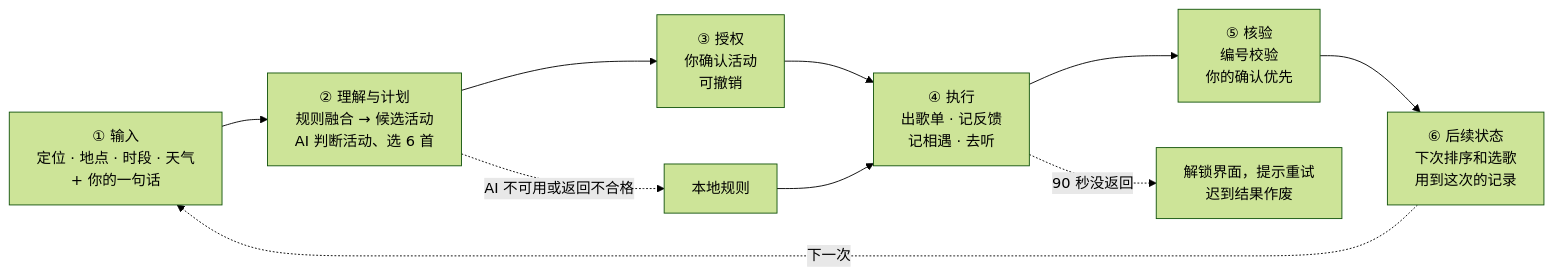
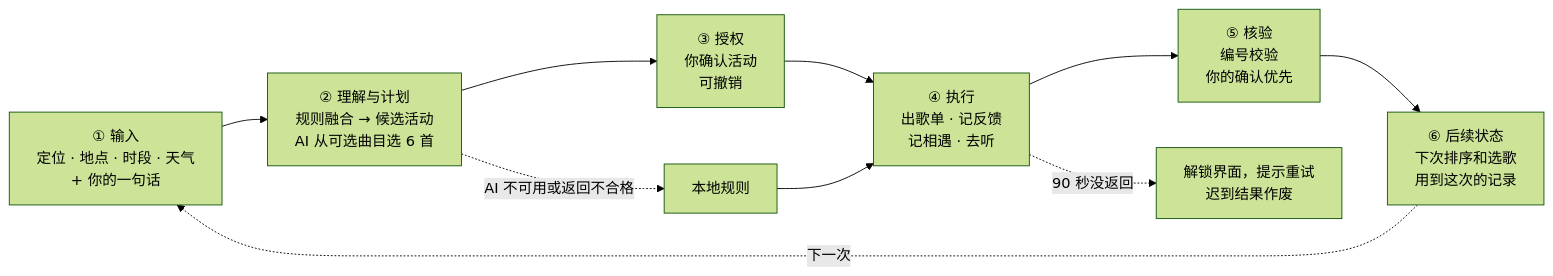
The first of 2 diagrams in README.md (peterdlick-stack/agentic-app), drawn with Mermaid (forest theme) before and after one commit. The commit also changed other lines of this file and 4 other files, not shown here.

````diff
--- a/README.md
+++ b/README.md
@@ -73,12 +73,12 @@
 ```mermaid
 flowchart LR
-  I[① 输入<br/>定位 · 地点 · 时段 · 天气<br/>+ 你的一句话] --> U[② 理解与计划<br/>规则融合 → 候选活动<br/>AI 判断活动、选 6 首]
+  I[① 输入<br/>定位 · 地点 · 时段 · 天气<br/>+ 你的一句话] --> U[② 理解与计划<br/>规则融合 → 候选活动<br/>AI 从可选曲目选 6 首]
   U --> A[③ 授权<br/>你确认活动<br/>可撤销]
   A --> X[④ 执行<br/>出歌单 · 记反馈<br/>记相遇 · 去听]
   X --> V[⑤ 核验<br/>编号校验<br/>你的确认优先]
   V --> S[⑥ 后续状态<br/>下次排序和选歌<br/>用到这次的记录]
   S -. 下一次 .-> I
   U -. AI 不可用或返回不合格 .-> L[本地规则]
   L --> X
   X -. 90 秒没返回 .-> R[解锁界面，提示重试<br/>迟到结果作废]
 ```
````
